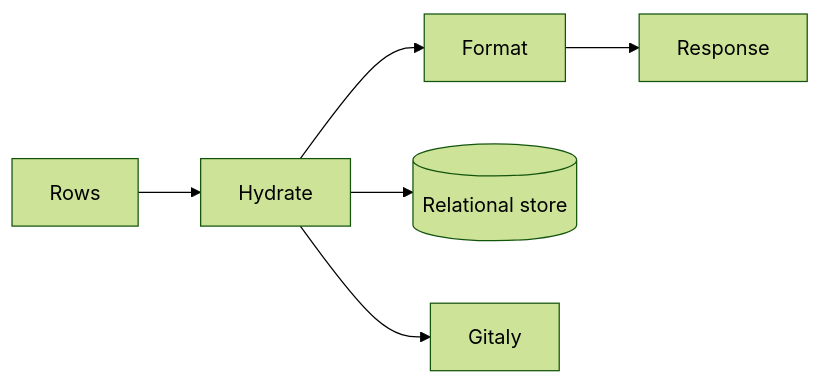
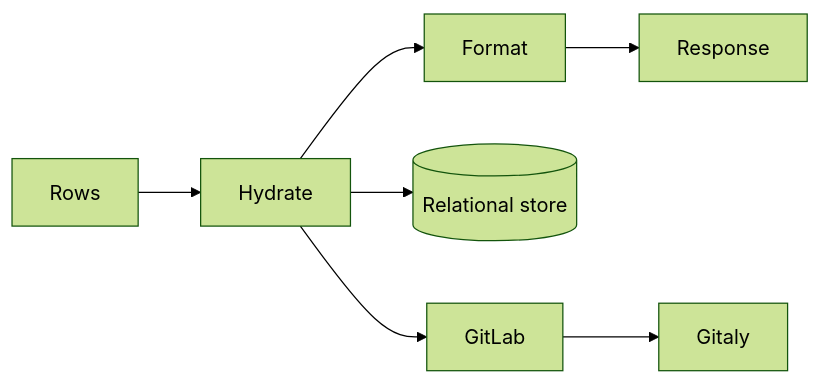
The fifth of 5 diagrams in docs/pages/engineering/architecture/querying/query-lifecycle.md (gitlabhq/orbit-knowledge-graph), drawn with Mermaid (forest theme) before and after one commit. The commit also changed other lines of this file and 1 other file, not shown here.

Commit message:
docs(architecture): correct the virtual hydration access claim and scope the lifecycle page to Orbit Remote

````diff
--- a/docs/pages/engineering/architecture/querying/query-lifecycle.md
+++ b/docs/pages/engineering/architecture/querying/query-lifecycle.md
@@ -89,6 +90,6 @@
 ```mermaid
 flowchart LR
     Rows --> Hydrate --> Format --> Response
     Hydrate --> Store[(Relational store)]
-    Hydrate --> Gitaly
+    Hydrate --> GitLab --> Gitaly
 ```
````
